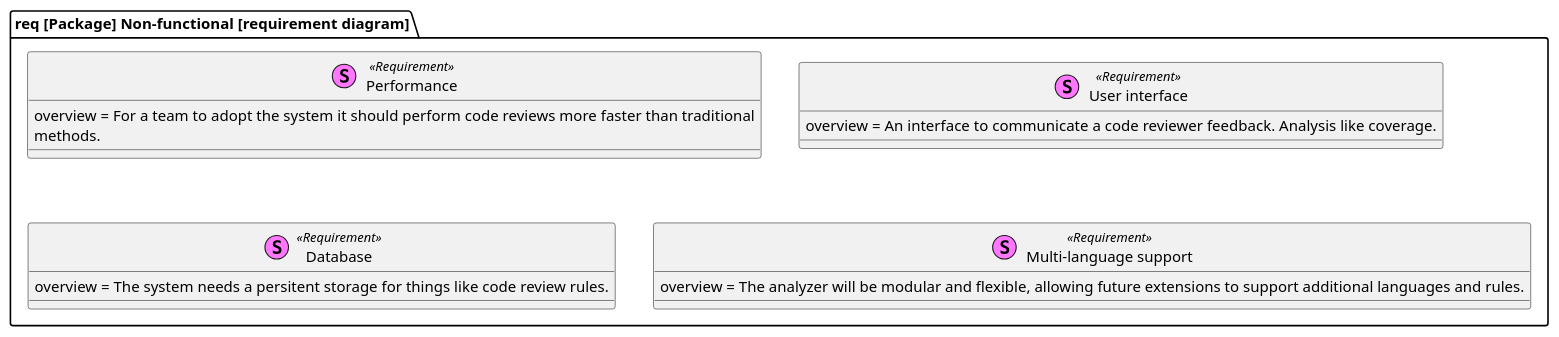
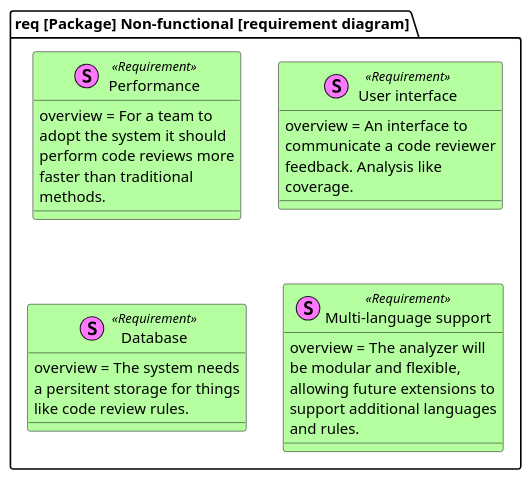
One commit to SoftDevSix/system-design changed the diagram in requirement-diagram/non-functional.puml. Above: the diagram before and after it, drawn with PlantUML. The commit also changed 4 other files, not shown here.

```diff
--- a/requirement-diagram/non-functional.puml
+++ b/requirement-diagram/non-functional.puml
@@ -1,22 +1,28 @@
 @startuml
+skinparam wrapwidth 200
+skinparam linetype ortho
+skinparam class {
+    BackgroundColor<<Requirement>> #B6FFA1
+}
+
 package "req [Package] Non-functional [requirement diagram]" {
     stereotype "Performance" as performance <<Requirement>> {
         overview = For a team to adopt the system it should perform code reviews more faster than traditional
         methods.
     }
 
     stereotype "User interface" as ui <<Requirement>> {
         overview = An interface to communicate a code reviewer feedback. Analysis like coverage.
     }
 
     stereotype "Database" as db <<Requirement>> {
         overview = The system needs a persitent storage for things like code review rules.
     }
 
     stereotype "Multi-language support" as multi_language <<Requirement>> {
         overview = The analyzer will be modular and flexible, allowing future extensions to support additional languages and rules.
     }
 
 }
 
 @enduml
```
